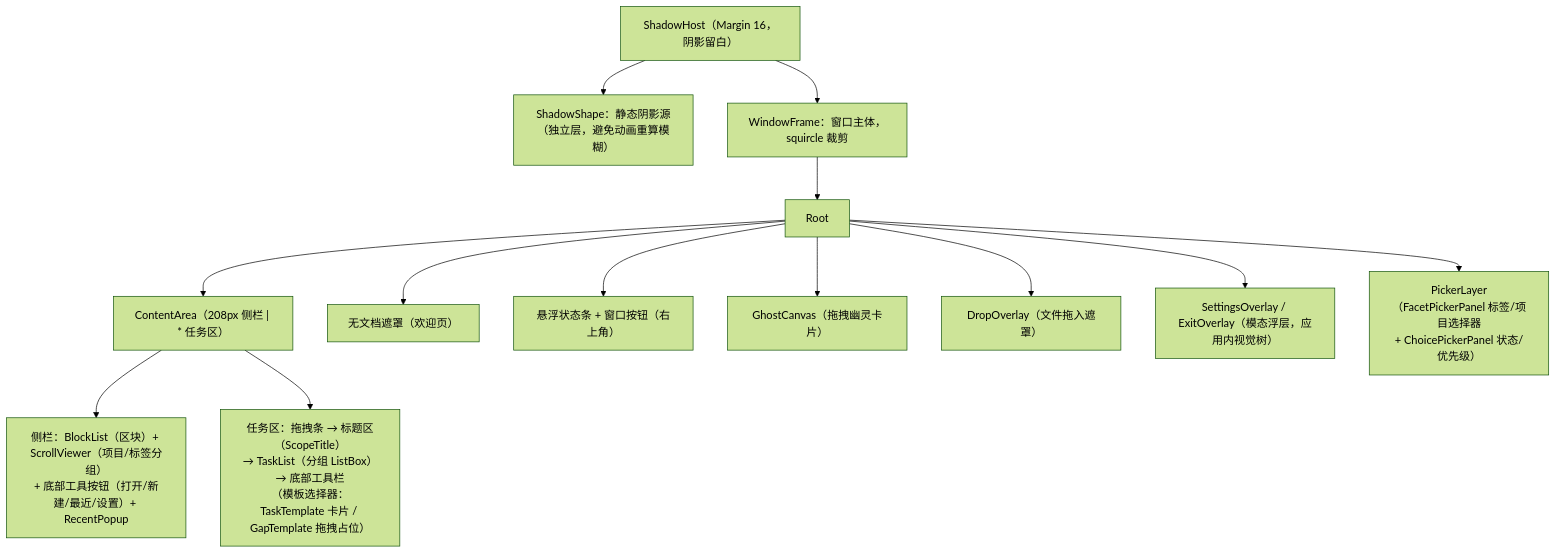
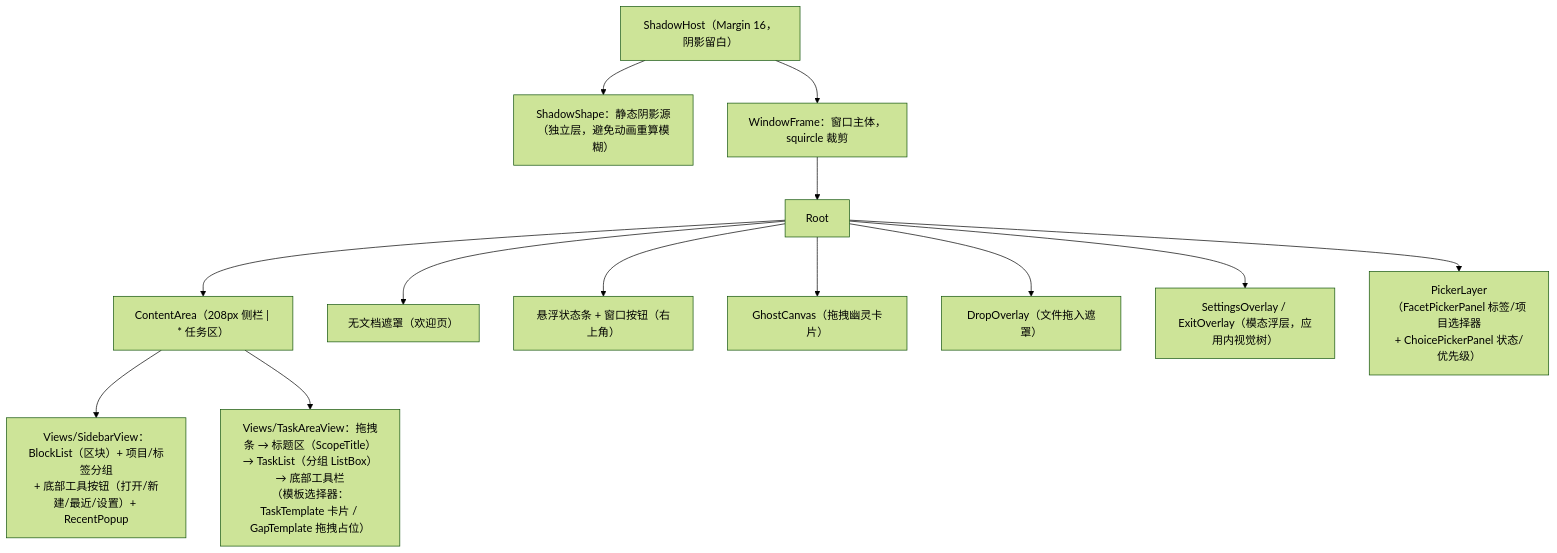
Before and after one commit to soryu-ryouji/Stanza: the second of 9 diagrams in stanza-wpf/docs/ARCHITECTURE.md, drawn with Mermaid (forest theme). The commit also changed other lines of this file and 11 other files, not shown here.

````diff
--- a/stanza-wpf/docs/ARCHITECTURE.md
+++ b/stanza-wpf/docs/ARCHITECTURE.md
@@ -160,16 +160,16 @@
 ```mermaid
 flowchart TB
     ShadowHost["ShadowHost（Margin 16，阴影留白）"]
     ShadowHost --> ShadowShape["ShadowShape：静态阴影源<br/>（独立层，避免动画重算模糊）"]
     ShadowHost --> WindowFrame["WindowFrame：窗口主体，squircle 裁剪"]
     WindowFrame --> Root["Root"]
     Root --> ContentArea["ContentArea（208px 侧栏 | * 任务区）"]
-    ContentArea --> Sidebar["侧栏：BlockList（区块）+ ScrollViewer（项目/标签分组）<br/>+ 底部工具按钮（打开/新建/最近/设置）+ RecentPopup"]
-    ContentArea --> TaskArea["任务区：拖拽条 → 标题区（ScopeTitle）<br/>→ TaskList（分组 ListBox）→ 底部工具栏<br/>（模板选择器：TaskTemplate 卡片 / GapTemplate 拖拽占位）"]
+    ContentArea --> Sidebar["Views/SidebarView：BlockList（区块）+ 项目/标签分组<br/>+ 底部工具按钮（打开/新建/最近/设置）+ RecentPopup"]
+    ContentArea --> TaskArea["Views/TaskAreaView：拖拽条 → 标题区（ScopeTitle）<br/>→ TaskList（分组 ListBox）→ 底部工具栏<br/>（模板选择器：TaskTemplate 卡片 / GapTemplate 拖拽占位）"]
     Root --> Welcome["无文档遮罩（欢迎页）"]
     Root --> StatusBar["悬浮状态条 + 窗口按钮（右上角）"]
     Root --> Ghost["GhostCanvas（拖拽幽灵卡片）"]
     Root --> Drop["DropOverlay（文件拖入遮罩）"]
     Root --> Overlays["SettingsOverlay / ExitOverlay（模态浮层，应用内视觉树）"]
     Root --> Pickers["PickerLayer（FacetPickerPanel 标签/项目选择器<br/>+ ChoicePickerPanel 状态/优先级）"]
 ```
````
